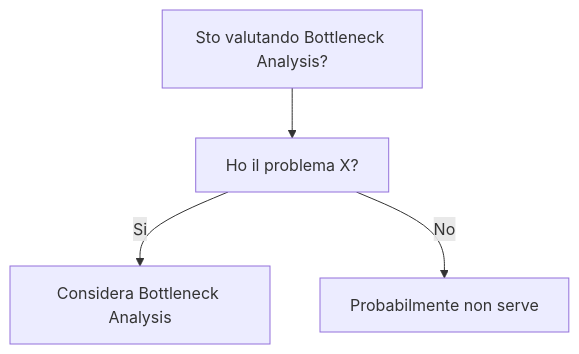
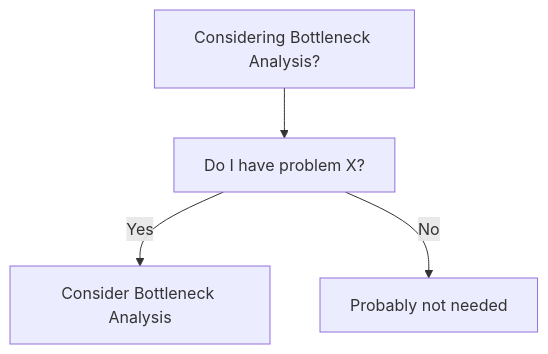
Before and after one commit to HxT9/Software-Dev-Wiki: the diagram in dev-wiki/11_Performance/Bottleneck_Analysis/When_To_Use.md, drawn with Mermaid. The commit also changed other lines of this file and 3444 other files, not shown here.

````diff
--- a/dev-wiki/11_Performance/Bottleneck_Analysis/When_To_Use.md
+++ b/dev-wiki/11_Performance/Bottleneck_Analysis/When_To_Use.md
@@ -19,6 +19,6 @@
 ```mermaid
 flowchart TD
-  Q[Sto valutando Bottleneck Analysis?] --> Q1[Ho il problema X?]
-  Q1 -->|Si| OK[Considera Bottleneck Analysis]
-  Q1 -->|No| NO[Probabilmente non serve]
+  Q[Considering Bottleneck Analysis?] --> Q1[Do I have problem X?]
+  Q1 -->|Yes| OK[Consider Bottleneck Analysis]
+  Q1 -->|No| NO[Probably not needed]
 ```
````
